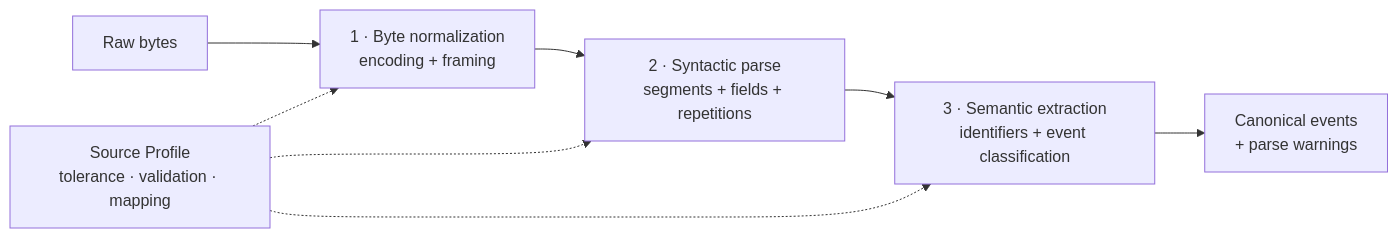
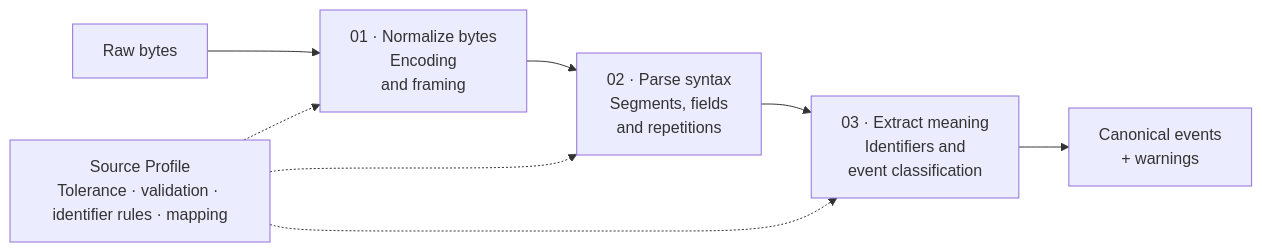
Before and after one commit to crb2nu/fi-fhir: the diagram in docs/mermaid/parsing-phases.mmd, drawn with Mermaid. The commit also changed 18 other files, not shown here.

First line of the commit message:
docs(diagrams): replace rough auto-layout with composed vector figures

```diff
--- a/docs/mermaid/parsing-phases.mmd
+++ b/docs/mermaid/parsing-phases.mmd
@@ -1,11 +1,17 @@
+%% Generated from docs/diagrams/narratives.yaml; do not edit.
 flowchart LR
-  accTitle: Profile-driven HL7v2 parsing
-  accDescr: A Source Profile controls byte normalization, syntactic parsing, and semantic extraction. The result includes canonical events and recoverable warnings.
-  RAW["Raw bytes"] --> B["1 · Byte normalization<br/>encoding + framing"]
-  B --> S["2 · Syntactic parse<br/>segments + fields + repetitions"]
-  S --> E["3 · Semantic extraction<br/>identifiers + event classification"]
-  E --> EV["Canonical events<br/>+ parse warnings"]
-  PROFILE["Source Profile<br/>tolerance · validation · mapping"]
-  PROFILE -.-> B
-  PROFILE -.-> S
-  PROFILE -.-> E
+  accTitle: A Source Profile controls every phase
+  accDescr: The HL7v2 pipeline preserves source data while extracting business-level events.
+  raw["Raw bytes"]
+  bytes["01 · Normalize bytes<br/>Encoding<br/>and framing"]
+  syntax["02 · Parse syntax<br/>Segments, fields<br/>and repetitions"]
+  semantic["03 · Extract meaning<br/>Identifiers and<br/>event classification"]
+  result["Canonical events<br/>+ warnings"]
+  source_profile["Source Profile<br/>Tolerance · validation · identifier rules · mapping"]
+  raw --> bytes
+  bytes --> syntax
+  syntax --> semantic
+  semantic --> result
+  source_profile -.-> bytes
+  source_profile -.-> syntax
+  source_profile -.-> semantic
```
